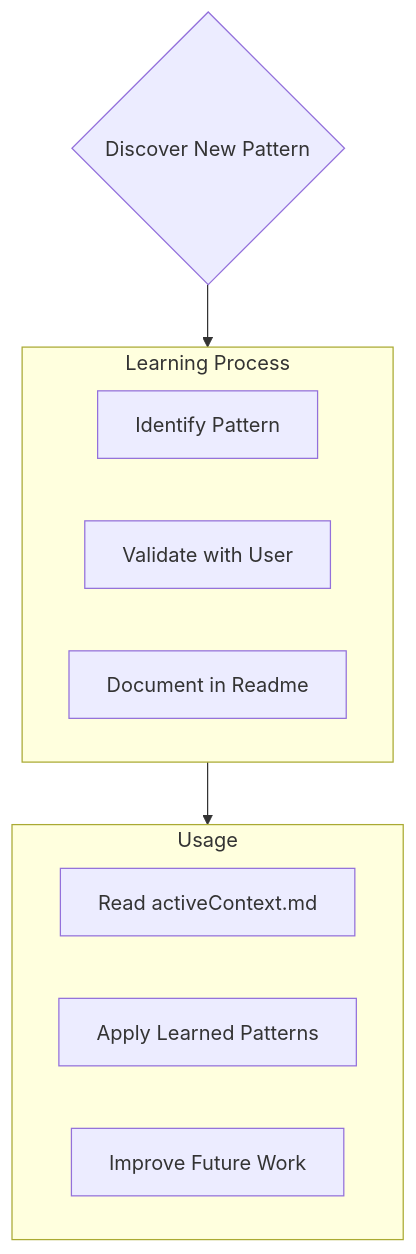
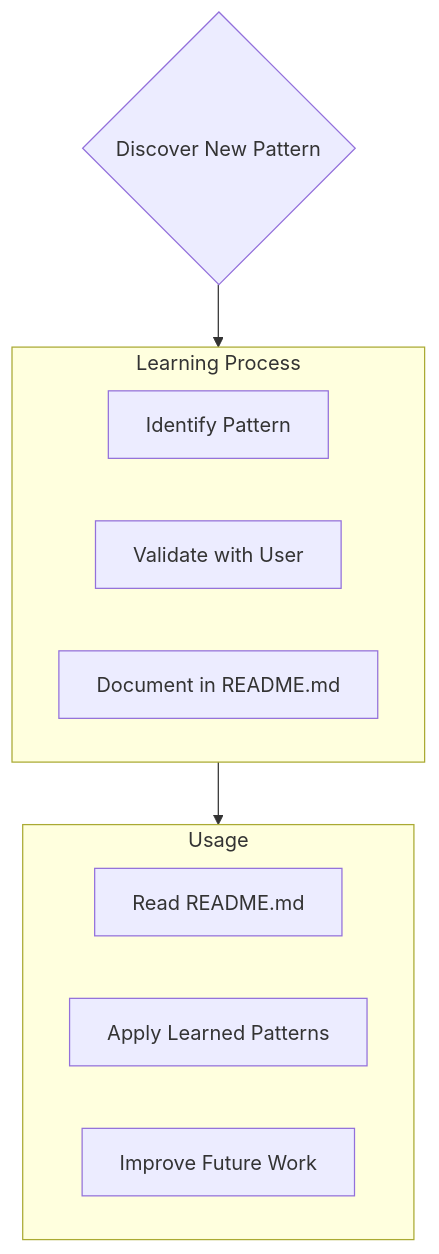
Before and after one commit to ofidj/fidj-node: the fifth of 5 diagrams in .memory-bank/memory-bank-rules.md, drawn with Mermaid. The commit also changed other lines of this file and 26 other files, not shown here.

````diff
--- a/.memory-bank/memory-bank-rules.md
+++ b/.memory-bank/memory-bank-rules.md
@@ -142,19 +142,19 @@
 ```mermaid
 flowchart TD
     Start{Discover New Pattern}
     
     subgraph Learn [Learning Process]
         D1[Identify Pattern]
         D2[Validate with User]
-        D3[Document in Readme]
+        D3[Document in README.md]
     end
     
     subgraph Apply [Usage]
-        A1[Read activeContext.md]
+        A1[Read README.md]
         A2[Apply Learned Patterns]
         A3[Improve Future Work]
     end
     
     Start --> Learn
     Learn --> Apply
 ```
````
